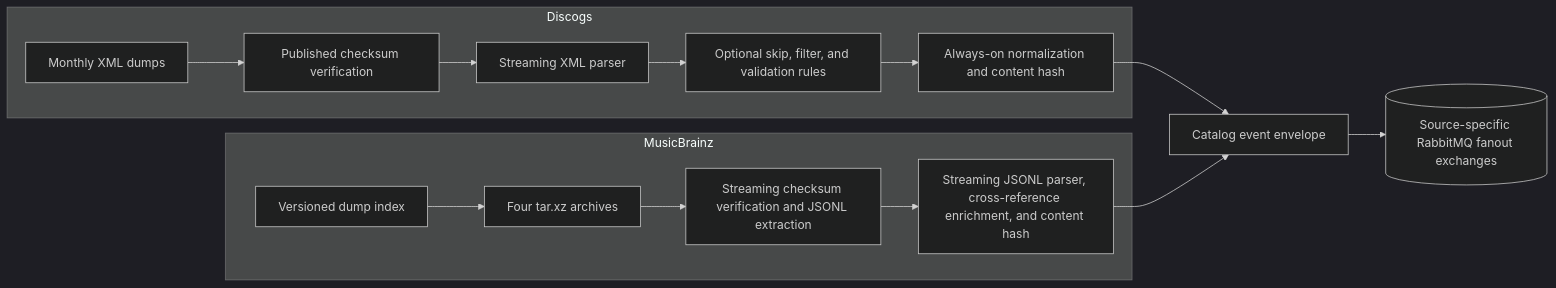
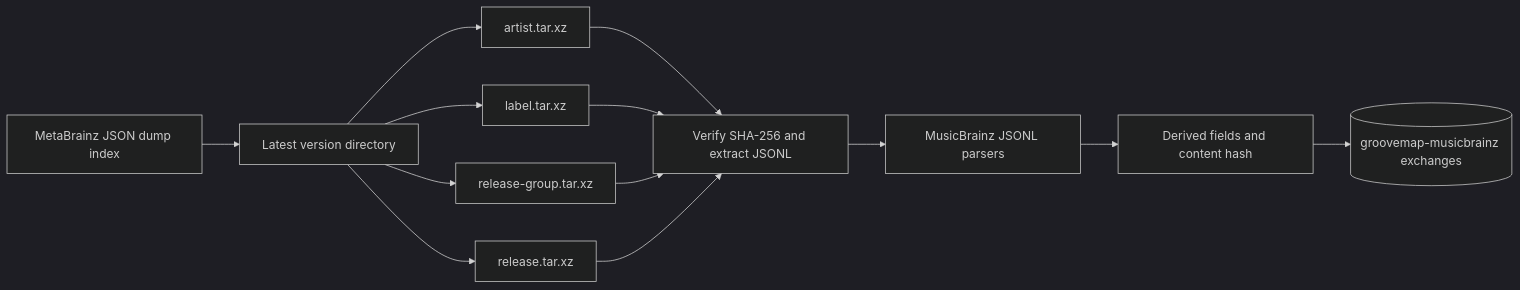
Before and after one commit to groovemap-music/musicbrainz-ingestion: the diagram in docs/extraction.md, drawn with Mermaid (dark theme). The commit also changed other lines of this file and 7 other files, not shown here.

````diff
--- a/docs/extraction.md
+++ b/docs/extraction.md
@@ -17,19 +8,15 @@
 ```mermaid
 flowchart LR
-    subgraph Discogs
-        DX[Monthly XML dumps] --> DC[Published checksum verification]
-        DC --> DP[Streaming XML parser]
-        DP --> QR[Optional skip, filter, and validation rules]
-        QR --> DN[Always-on normalization and content hash]
-    end
-
-    subgraph MusicBrainz
-        MI[Versioned dump index] --> MA[Four tar.xz archives]
-        MA --> MC[Streaming checksum verification and JSONL extraction]
-        MC --> MP[Streaming JSONL parser, cross-reference enrichment, and content hash]
-    end
-
-    DN --> CE[Catalog event envelope]
-    MP --> CE
-    CE --> MQ[(Source-specific RabbitMQ fanout exchanges)]
+    I[MetaBrainz JSON dump index] --> V[Latest version directory]
+    V --> A[artist.tar.xz]
+    V --> L[label.tar.xz]
+    V --> G[release-group.tar.xz]
+    V --> R[release.tar.xz]
+    A --> D[Verify SHA-256 and extract JSONL]
+    L --> D
+    G --> D
+    R --> D
+    D --> P[MusicBrainz JSONL parsers]
+    P --> H[Derived fields and content hash]
+    H --> Q[(groovemap-musicbrainz exchanges)]
 ```
````
